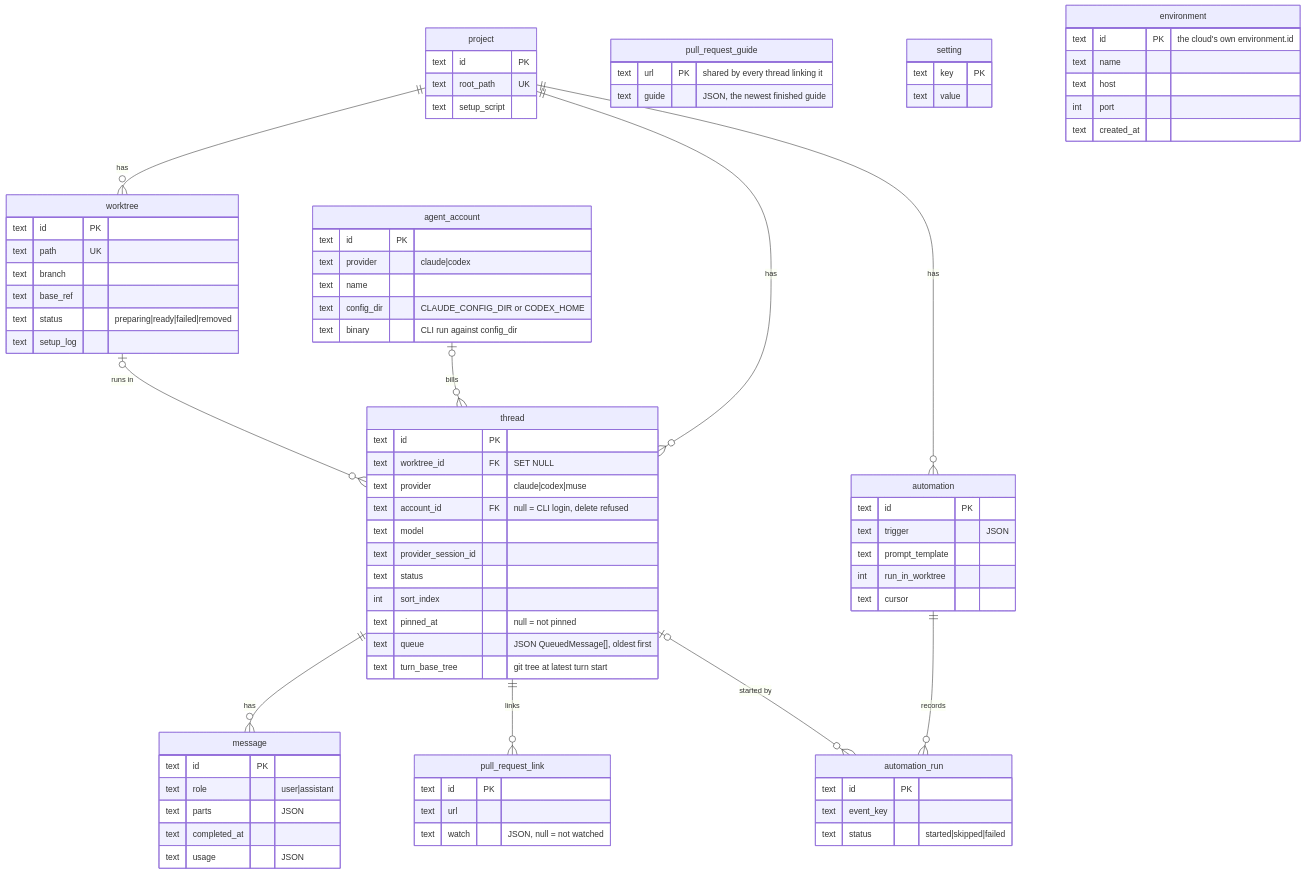
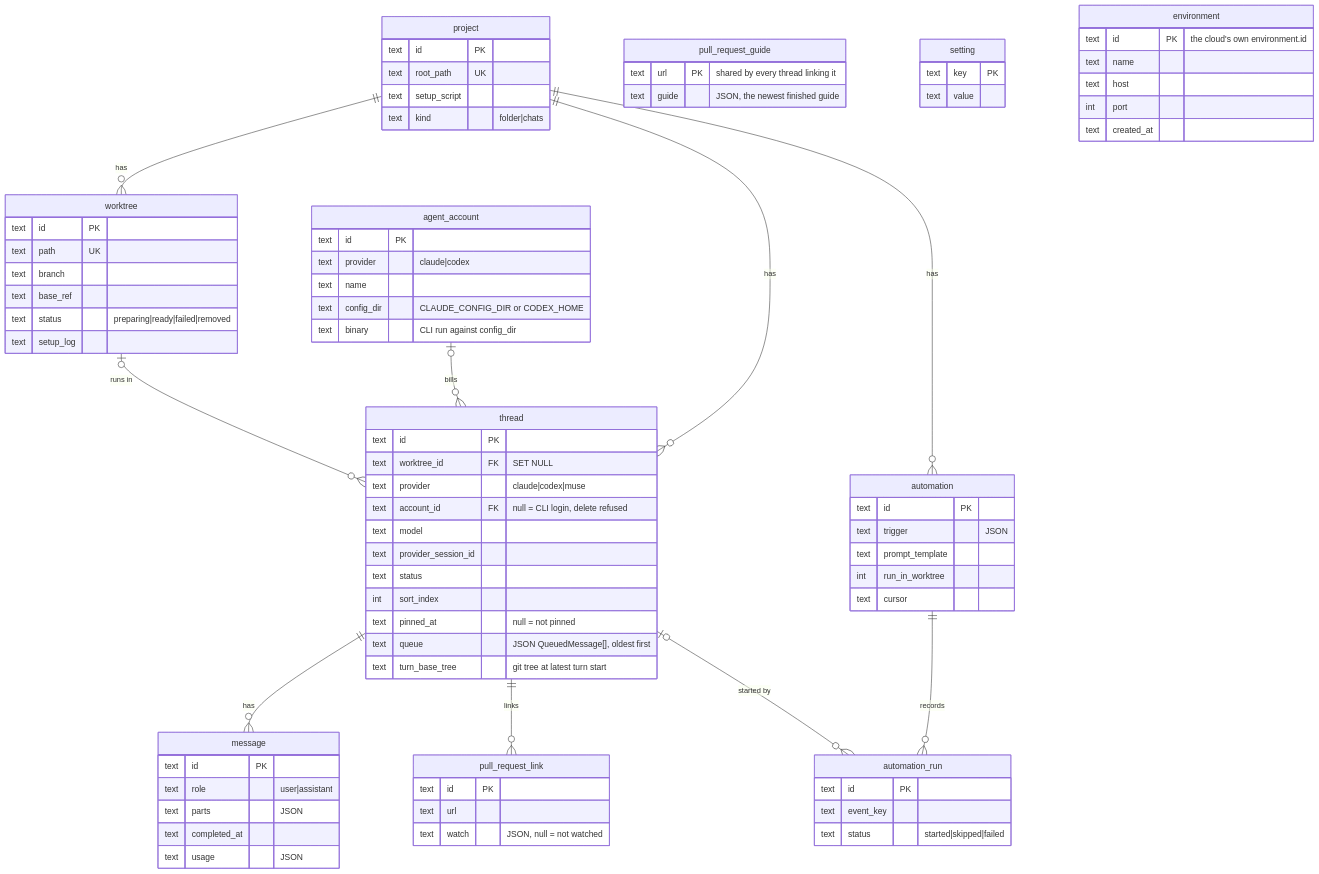
One commit to hinadev-ai/hinacode changed diagram 12 of 17 in docs/arch.md. Above: the diagram before and after it, drawn with Mermaid. The commit also changed other lines of this file and 1 other file, not shown here.

Commit message:
docs: describe chats

```diff
--- a/docs/arch.md
+++ b/docs/arch.md
@@ -371,6 +371,7 @@
     text id PK
     text root_path UK
     text setup_script
+    text kind "folder|chats"
   }
   worktree {
     text id PK
```
